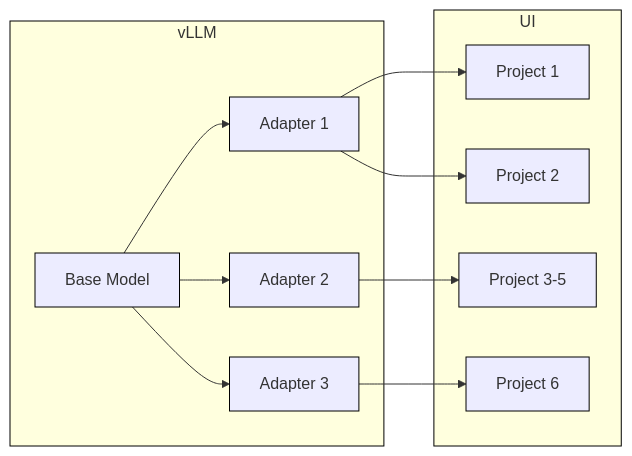
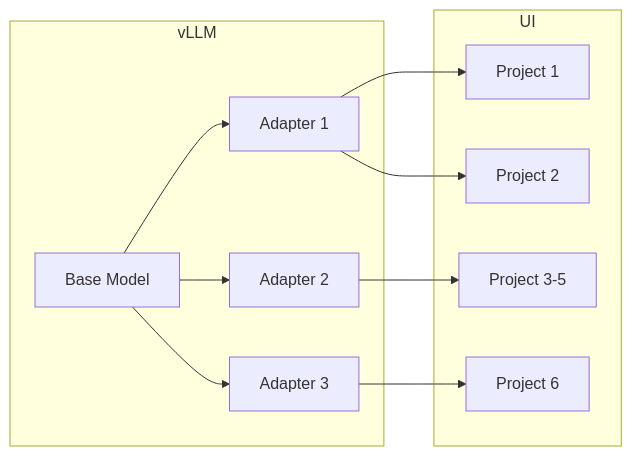
One commit to zalyoung/gitlab-handbook changed the first of 4 diagrams in content/handbook/engineering/architecture/design-documents/self_hosted_finetuning/_index.md. Above: the diagram before and after it, drawn with Mermaid. The commit also changed other lines of this file, not shown here.

Commit message:
Apply 4 suggestion(s) to 1 file(s)

````diff
--- a/content/handbook/engineering/architecture/design-documents/self_hosted_finetuning/_index.md
+++ b/content/handbook/engineering/architecture/design-documents/self_hosted_finetuning/_index.md
@@ -84,35 +79,25 @@
 ```mermaid
 flowchart LR
  subgraph s1["vLLM"]
  n1["Base Model"]
  n2["Adapter 1"]
  n3["Adapter 2"]
  n4["Adapter 3"]
  end
     
  subgraph s2["UI"]
  n5["Project 1"]
  n6["Project 2"]
  n7["Project 3-5"]
  n8["Project 6"]
  end
 
  n1 --> n2
  n1 --> n3
  n1 --> n4
  n2 --> n5
  n2 --> n6
  n3 --> n7
  n4 --> n8
 
- style n5 stroke:#000000
- style n6 stroke:#000000
- style n7 stroke:#000000
- style n8 stroke:#000000
- style n1 stroke:#000000
- style n2 stroke:#000000
- style n3 stroke:#000000
- style n4 stroke:#000000
- style s1 stroke:#000000
- style s2 stroke:#000000
 ```
````
